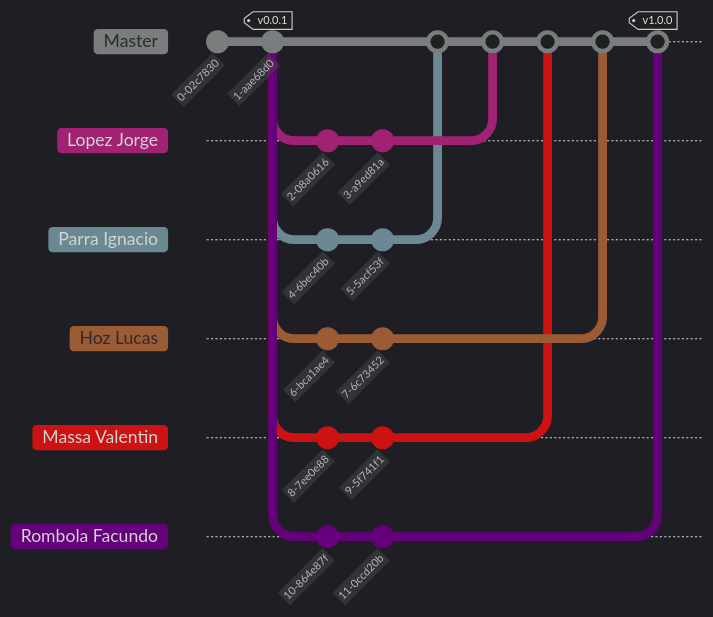
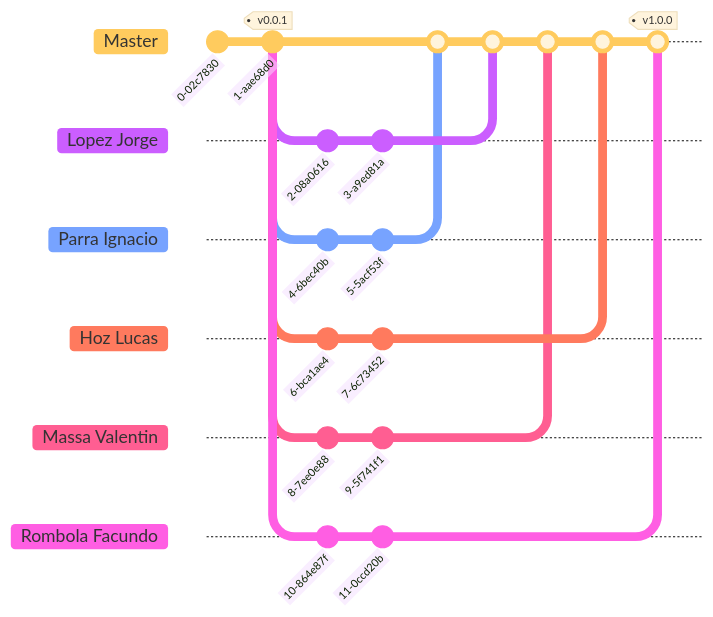
Before and after one commit to hozlucas28/C-Algorithms-Practical-Work-2025: the diagram in README.md, drawn with Mermaid. Commit ids are hidden.

Commit message:
fix: team workflow diagram style on light theme on

````diff
--- a/README.md
+++ b/README.md
@@ -245,31 +245,40 @@
 ```mermaid
-%%{init: { 'logLevel': 'debug', 'theme': 'dark', 'gitGraph': {'showBranches': true, 'showCommitLabel': true, 'mainBranchName': 'Master', 'parallelCommits': true}} }%%
-    gitGraph:
-        commit
-        commit tag: "v0.0.1"
-        branch "Lopez Jorge"
-        commit
-        commit
-        checkout Master
-        branch "Parra Ignacio"
-        commit
-        commit
-        checkout Master
-        branch "Hoz Lucas"
-        commit
-        commit
-        checkout Master
-        branch "Massa Valentin"
-        commit
-        commit
-        checkout Master
-        branch "Rombola Facundo"
-        commit
-        commit
-        checkout Master
-        merge "Parra Ignacio"
-        merge "Lopez Jorge"
-        merge "Massa Valentin"
-        merge "Hoz Lucas"
-        merge "Rombola Facundo" tag: "v1.0.0"
+---
+config:
+  theme: base
+  gitGraph:
+    mainBranchName: Master
+    showBranches: true
+    showCommitLabel: true
+    parallelCommits: true
+---
+
+gitGraph:
+    commit
+    commit tag: "v0.0.1"
+    branch "Lopez Jorge"
+    commit
+    commit
+    checkout Master
+    branch "Parra Ignacio"
+    commit
+    commit
+    checkout Master
+    branch "Hoz Lucas"
+    commit
+    commit
+    checkout Master
+    branch "Massa Valentin"
+    commit
+    commit
+    checkout Master
+    branch "Rombola Facundo"
+    commit
+    commit
+    checkout Master
+    merge "Parra Ignacio"
+    merge "Lopez Jorge"
+    merge "Massa Valentin"
+    merge "Hoz Lucas"
+    merge "Rombola Facundo" tag: "v1.0.0"
 ```
````
